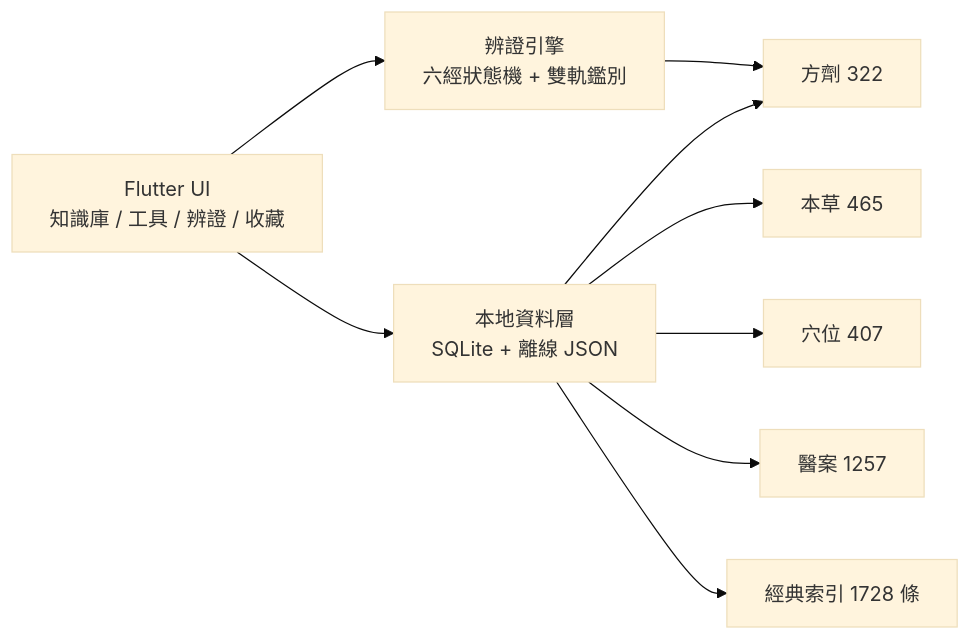
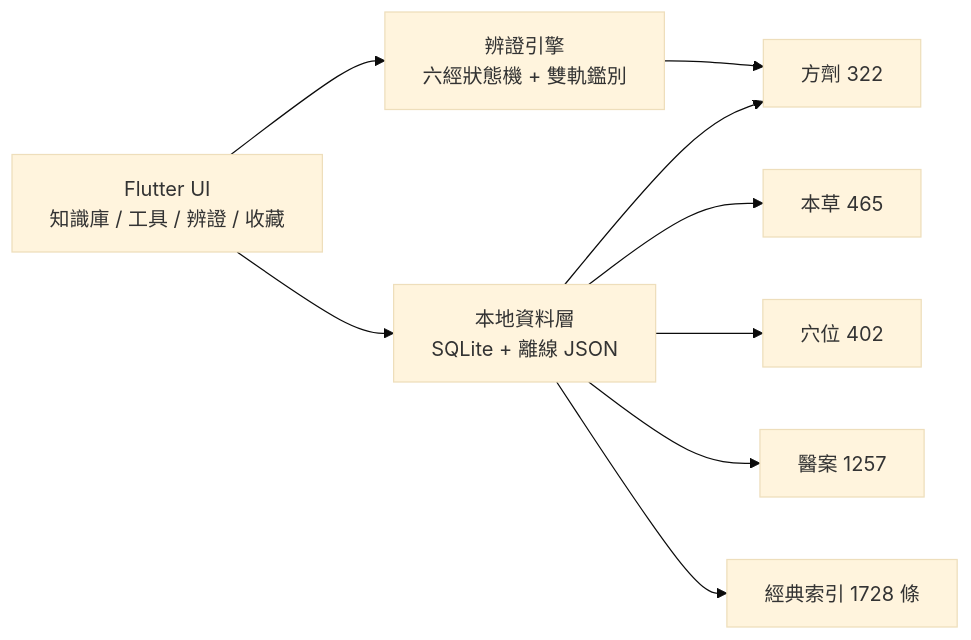
The diagram in README.zh-Hant.md (jangviktor-web/nihaixia-app), drawn with Mermaid (base theme) before and after one commit. The commit also changed other lines of this file and 10 other files, not shown here.

````diff
--- a/README.zh-Hant.md
+++ b/README.zh-Hant.md
@@ -631,11 +631,11 @@
 ```mermaid
 flowchart LR
   UI["Flutter UI<br/>知識庫 / 工具 / 辨證 / 收藏"] --> ENG["辨證引擎<br/>六經狀態機 + 雙軌鑑別"]
   UI --> DATA["本地資料層<br/>SQLite + 離線 JSON"]
   DATA --> F["方劑 322"]
   DATA --> H["本草 465"]
-  DATA --> A["穴位 407"]
+  DATA --> A["穴位 402"]
   DATA --> M["醫案 1257"]
   DATA --> C["經典索引 1728 條"]
   ENG --> F
 ```
````
